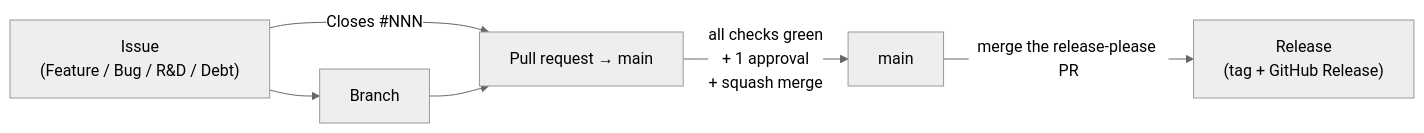
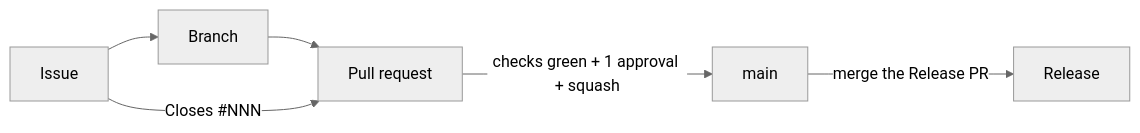
Before and after one commit to Julian52575/Big-3-Governed-Template: the diagram in CONTRIBUTING.md, drawn with Mermaid (neutral theme). The commit also changed other lines of this file and 20 other files, not shown here.

````diff
--- a/CONTRIBUTING.md
+++ b/CONTRIBUTING.md
@@ -19,14 +18,7 @@
 ```mermaid
 flowchart LR
-    ISSUE["Issue<br/>(Feature / Bug / R&D / Debt)"]
-    BRANCH["Branch"]
-    PR["Pull request &rarr; main"]
-    MAIN["main"]
-    RELEASE["Release<br/>(tag + GitHub Release)"]
-
-    ISSUE --> BRANCH
+    ISSUE["Issue"] --> BRANCH["Branch"] --> PR["Pull request"]
     ISSUE -- "Closes #NNN" --> PR
-    BRANCH --> PR
-    PR -- "all checks green<br/>+ 1 approval<br/>+ squash merge" --> MAIN
-    MAIN -- "merge the release-please PR" --> RELEASE
+    PR -- "checks green + 1 approval + squash" --> MAIN["main"]
+    MAIN -- "merge the Release PR" --> RELEASE["Release"]
 ```
````
